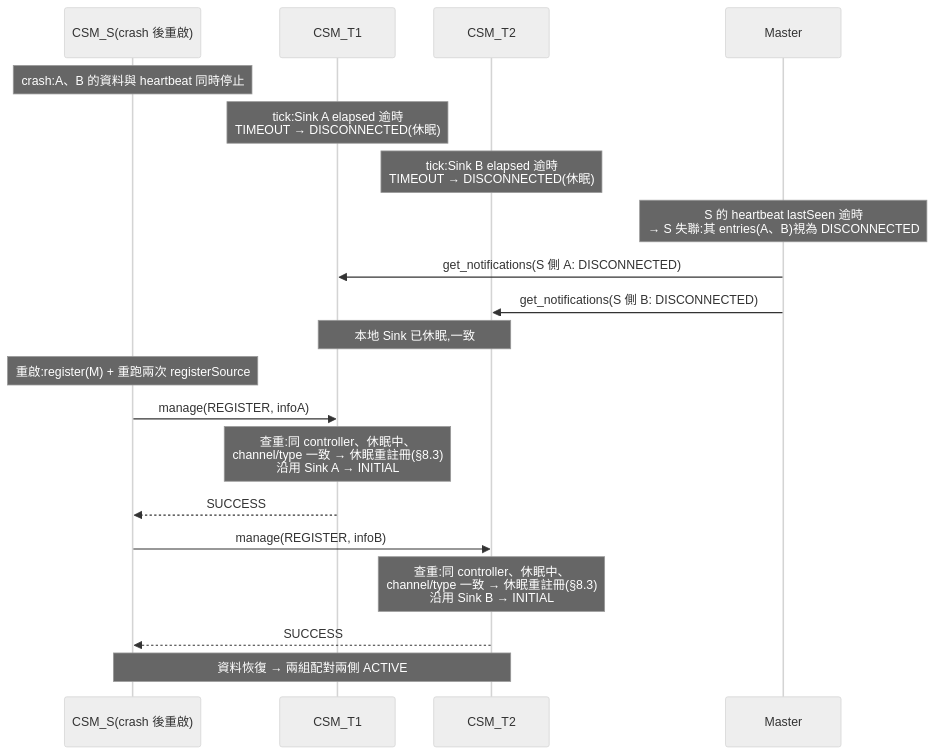
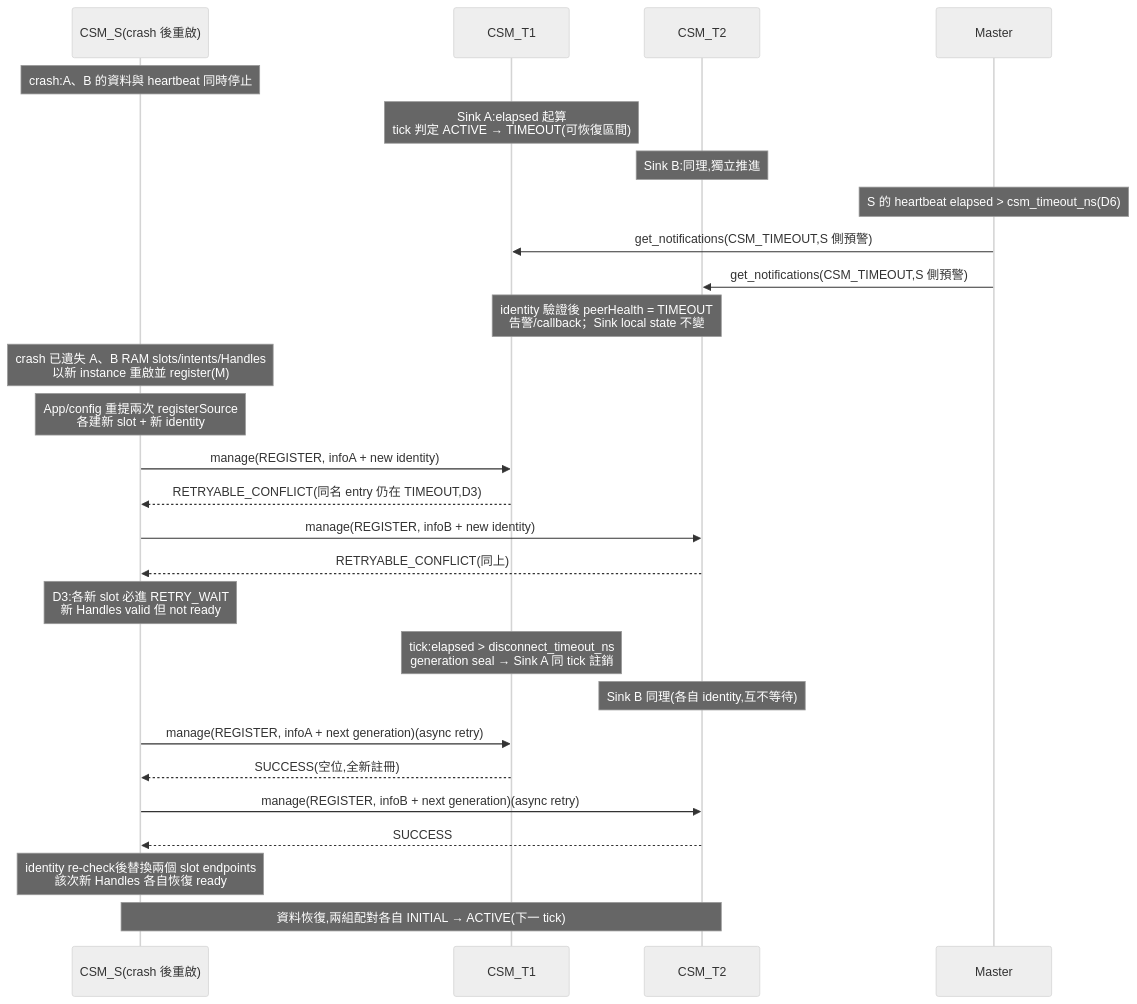
Before and after one commit to cocobird231/rv2_project: diagram 16 of 43 in r1_design_draft.md, drawn with Mermaid (neutral theme). The commit also changed other lines of this file and 1 other file, not shown here.

Commit message:
docs: integrate timeout and disconnect design v1.1.0

````diff
--- a/r1_design_draft.md
+++ b/r1_design_draft.md
@@ -1731,24 +2473,32 @@
 ```mermaid
 sequenceDiagram
     participant S as CSM_S(crash 後重啟)
     participant T1 as CSM_T1
     participant T2 as CSM_T2
     participant M as Master
 
     Note over S: crash:A、B 的資料與 heartbeat 同時停止
-    Note over T1: tick:Sink A elapsed 逾時<br/>TIMEOUT → DISCONNECTED(休眠)
-    Note over T2: tick:Sink B elapsed 逾時<br/>TIMEOUT → DISCONNECTED(休眠)
-    Note over M: S 的 heartbeat lastSeen 逾時<br/>→ S 失聯:其 entries(A、B)視為 DISCONNECTED
-    M->>T1: get_notifications(S 側 A: DISCONNECTED)
-    M->>T2: get_notifications(S 側 B: DISCONNECTED)
-    Note over T1,T2: 本地 Sink 已休眠,一致
+    Note over T1: Sink A:elapsed 起算<br/>tick 判定 ACTIVE → TIMEOUT(可恢復區間)
+    Note over T2: Sink B:同理,獨立推進
+    Note over M: S 的 heartbeat elapsed > csm_timeout_ns(D6)
+    M->>T1: get_notifications(CSM_TIMEOUT,S 側預警)
+    M->>T2: get_notifications(CSM_TIMEOUT,S 側預警)
+    Note over T1,T2: identity 驗證後 peerHealth = TIMEOUT<br/>告警/callback；Sink local state 不變
 
-    Note over S: 重啟:register(M) + 重跑兩次 registerSource
-    S->>T1: manage(REGISTER, infoA)
-    Note over T1: 查重:同 controller、休眠中、<br/>channel/type 一致 → 休眠重註冊(§8.3)<br/>沿用 Sink A → INITIAL
-    T1-->>S: SUCCESS
-    S->>T2: manage(REGISTER, infoB)
-    Note over T2: 查重:同 controller、休眠中、<br/>channel/type 一致 → 休眠重註冊(§8.3)<br/>沿用 Sink B → INITIAL
+    Note over S: crash 已遺失 A、B RAM slots/intents/Handles<br/>以新 instance 重啟並 register(M)
+    Note over S: App/config 重提兩次 registerSource<br/>各建新 slot + 新 identity
+    S->>T1: manage(REGISTER, infoA + new identity)
+    T1-->>S: RETRYABLE_CONFLICT(同名 entry 仍在 TIMEOUT,D3)
+    S->>T2: manage(REGISTER, infoB + new identity)
+    T2-->>S: RETRYABLE_CONFLICT(同上)
+    Note over S: D3:各新 slot 必進 RETRY_WAIT<br/>新 Handles valid 但 not ready
+
+    Note over T1: tick:elapsed > disconnect_timeout_ns<br/>generation seal → Sink A 同 tick 註銷
+    Note over T2: Sink B 同理(各自 identity,互不等待)
+    S->>T1: manage(REGISTER, infoA + next generation)(async retry)
+    T1-->>S: SUCCESS(空位,全新註冊)
+    S->>T2: manage(REGISTER, infoB + next generation)(async retry)
     T2-->>S: SUCCESS
-    Note over S,T2: 資料恢復 → 兩組配對兩側 ACTIVE
+    Note over S: identity re-check後替換兩個 slot endpoints<br/>該次新 Handles 各自恢復 ready
+    Note over S,T2: 資料恢復,兩組配對各自 INITIAL → ACTIVE(下一 tick)
 ```
````
